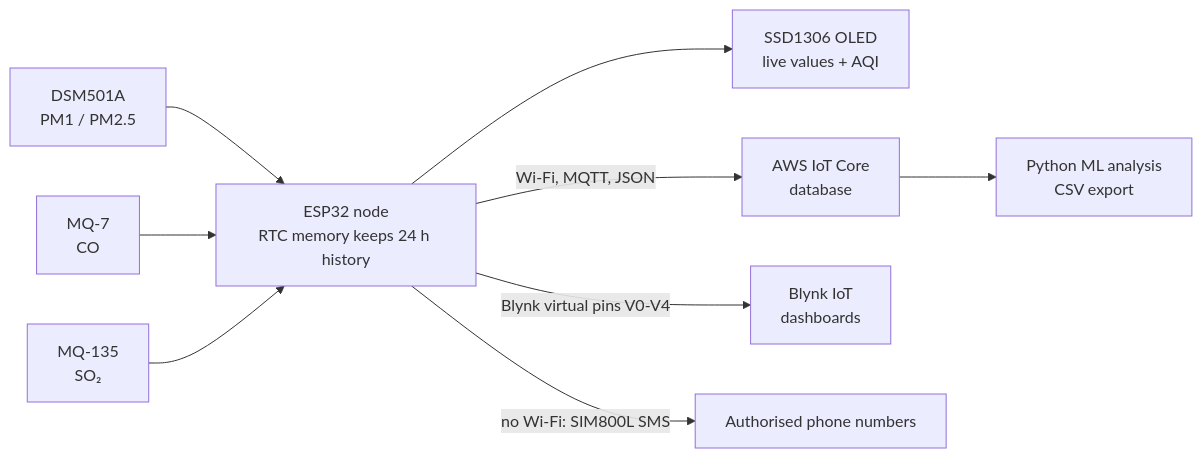
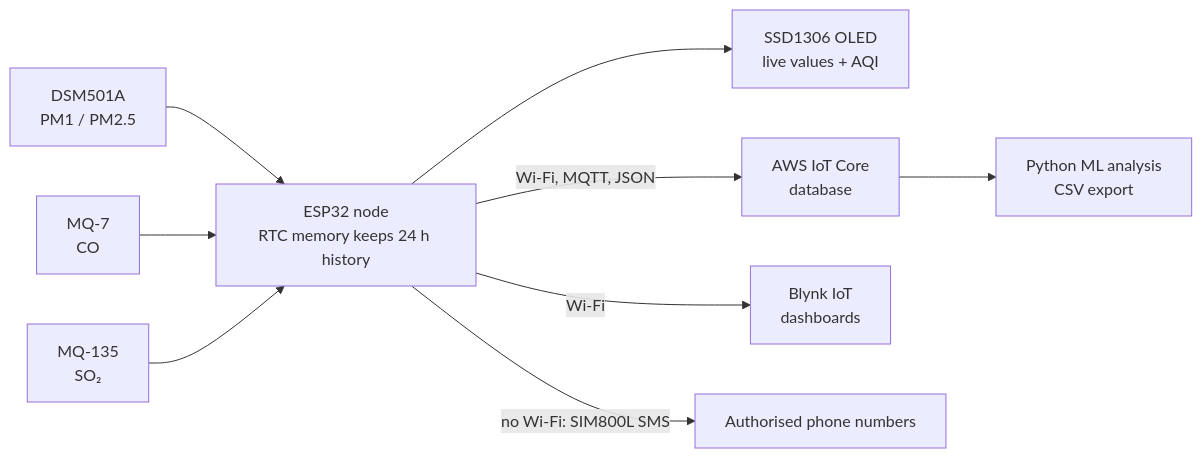
The diagram in README.md (amnaahmad43200/cloud-connected-aqi-network), drawn with Mermaid before and after one commit.

````diff
--- a/README.md
+++ b/README.md
@@ -32,11 +32,11 @@
 ```mermaid
 flowchart LR
     S1[DSM501A<br/>PM1 / PM2.5] --> E
     S2[MQ-7<br/>CO] --> E
     S3[MQ-135<br/>SO₂] --> E
     E[ESP32 node<br/>RTC memory keeps 24 h history] --> O[SSD1306 OLED<br/>live values + AQI]
     E -->|Wi-Fi, MQTT, JSON| A[AWS IoT Core<br/>database]
-    E -->|Blynk virtual pins V0-V4| B[Blynk IoT<br/>dashboards]
+    E -->|Wi-Fi| B[Blynk IoT<br/>dashboards]
     E -->|no Wi-Fi: SIM800L SMS| P[Authorised phone numbers]
     A --> M[Python ML analysis<br/>CSV export]
 ```
````
